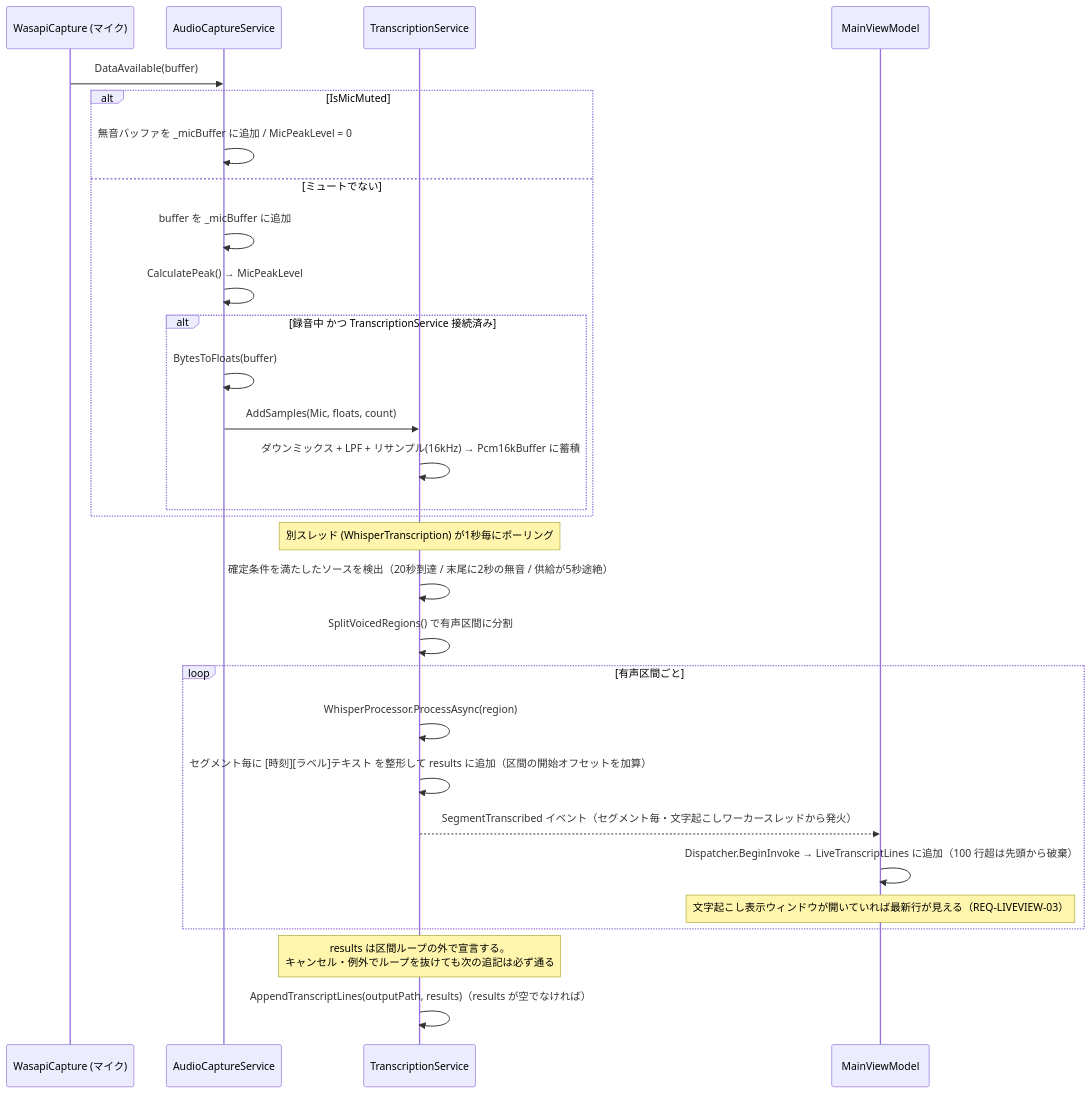
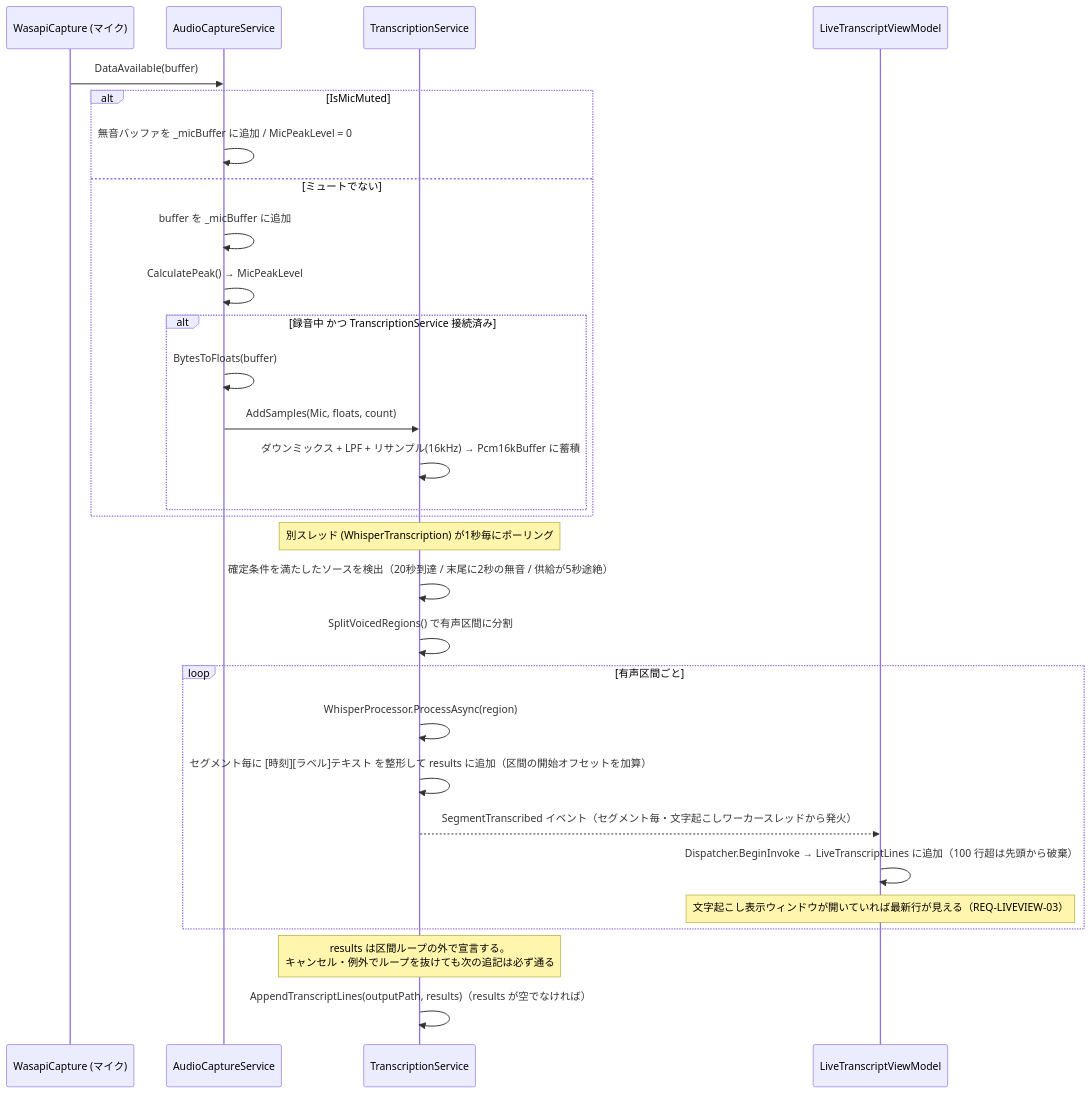
Before and after one commit to otomac/audio-capture-app: the third of 9 diagrams in docs/spec/04_sequence_diagram.md, drawn with Mermaid. The commit also changed other lines of this file and 36 other files, not shown here.

First line of the commit message:
T170 MainViewModel をウィンドウごとの ViewModel に分ける（ADR-0008）

````diff
--- a/docs/spec/04_sequence_diagram.md
+++ b/docs/spec/04_sequence_diagram.md
@@ -81,33 +85,33 @@
 ```mermaid
 sequenceDiagram
     participant Mic as WasapiCapture (マイク)
     participant ACS as AudioCaptureService
     participant TS as TranscriptionService
-    participant VM as MainViewModel
+    participant LTVM as LiveTranscriptViewModel
 
     Mic->>ACS: DataAvailable(buffer)
     alt IsMicMuted
         ACS->>ACS: 無音バッファを _micBuffer に追加 / MicPeakLevel = 0
     else ミュートでない
         ACS->>ACS: buffer を _micBuffer に追加
         ACS->>ACS: CalculatePeak() → MicPeakLevel
         alt 録音中 かつ TranscriptionService 接続済み
             ACS->>ACS: BytesToFloats(buffer)
             ACS->>TS: AddSamples(Mic, floats, count)
             TS->>TS: ダウンミックス + LPF + リサンプル(16kHz) → Pcm16kBuffer に蓄積
         end
     end
 
     Note over TS: 別スレッド (WhisperTranscription) が1秒毎にポーリング
     TS->>TS: 確定条件を満たしたソースを検出（20秒到達 / 末尾に2秒の無音 / 供給が5秒途絶）
     TS->>TS: SplitVoicedRegions() で有声区間に分割
     loop 有声区間ごと
         TS->>TS: WhisperProcessor.ProcessAsync(region)
         TS->>TS: セグメント毎に [時刻][ラベル]テキスト を整形して results に追加（区間の開始オフセットを加算）
-        TS-->>VM: SegmentTranscribed イベント（セグメント毎・文字起こしワーカースレッドから発火）
-        VM->>VM: Dispatcher.BeginInvoke → LiveTranscriptLines に追加（100 行超は先頭から破棄）
-        Note over VM: 文字起こし表示ウィンドウが開いていれば最新行が見える（REQ-LIVEVIEW-03）
+        TS-->>LTVM: SegmentTranscribed イベント（セグメント毎・文字起こしワーカースレッドから発火）
+        LTVM->>LTVM: Dispatcher.BeginInvoke → LiveTranscriptLines に追加（100 行超は先頭から破棄）
+        Note over LTVM: 文字起こし表示ウィンドウが開いていれば最新行が見える（REQ-LIVEVIEW-03）
     end
     Note over TS: results は区間ループの外で宣言する。<br/>キャンセル・例外でループを抜けても次の追記は必ず通る
     TS->>TS: AppendTranscriptLines(outputPath, results)（results が空でなければ）
 ```
````
